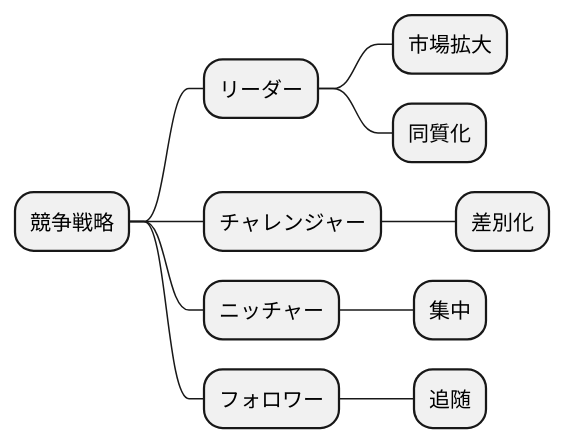
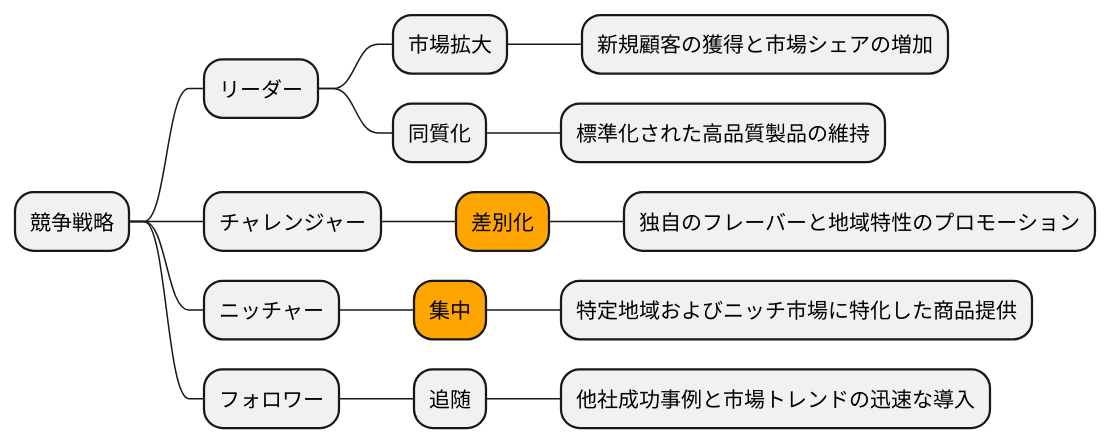
The ninth of 16 diagrams in docs/case/r03_case_2.adoc (k2works/case-sutudy-business-analysis), drawn with PlantUML before and after one commit. The commit also changed other lines of this file, not shown here.

```diff
--- a/docs/case/r03_case_2.adoc
+++ b/docs/case/r03_case_2.adoc
@@ -239,17 +281,22 @@
 [plantuml]
 ----
 @startmindmap
 
 * 競争戦略
 ** リーダー
 *** 市場拡大
+**** 新規顧客の獲得と市場シェアの増加
 *** 同質化
+**** 標準化された高品質製品の維持
 ** チャレンジャー
-*** 差別化
+***[#orange] 差別化
+**** 独自のフレーバーと地域特性のプロモーション
 ** ニッチャー
-*** 集中
+***[#orange] 集中
+**** 特定地域およびニッチ市場に特化した商品提供
 ** フォロワー
 *** 追随
+**** 他社成功事例と市場トレンドの迅速な導入
 
-@endmindmap
+@endmindmap@endmindmap
 ----
```
